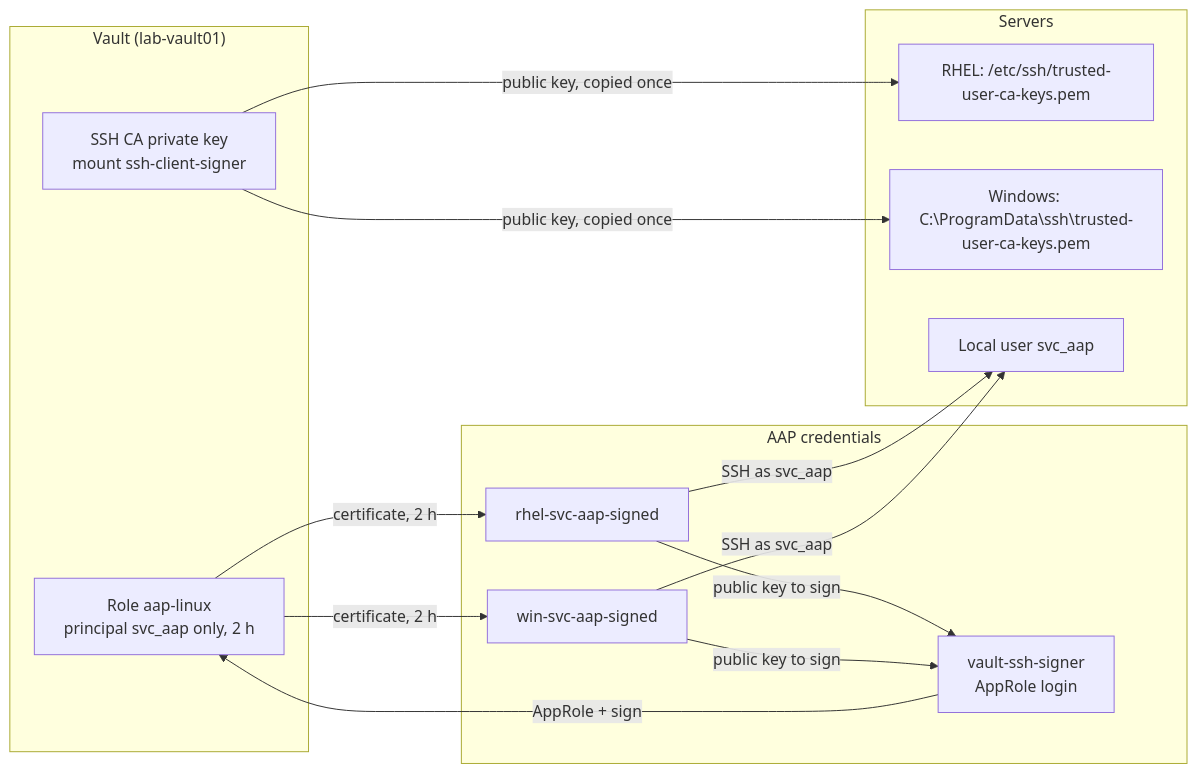
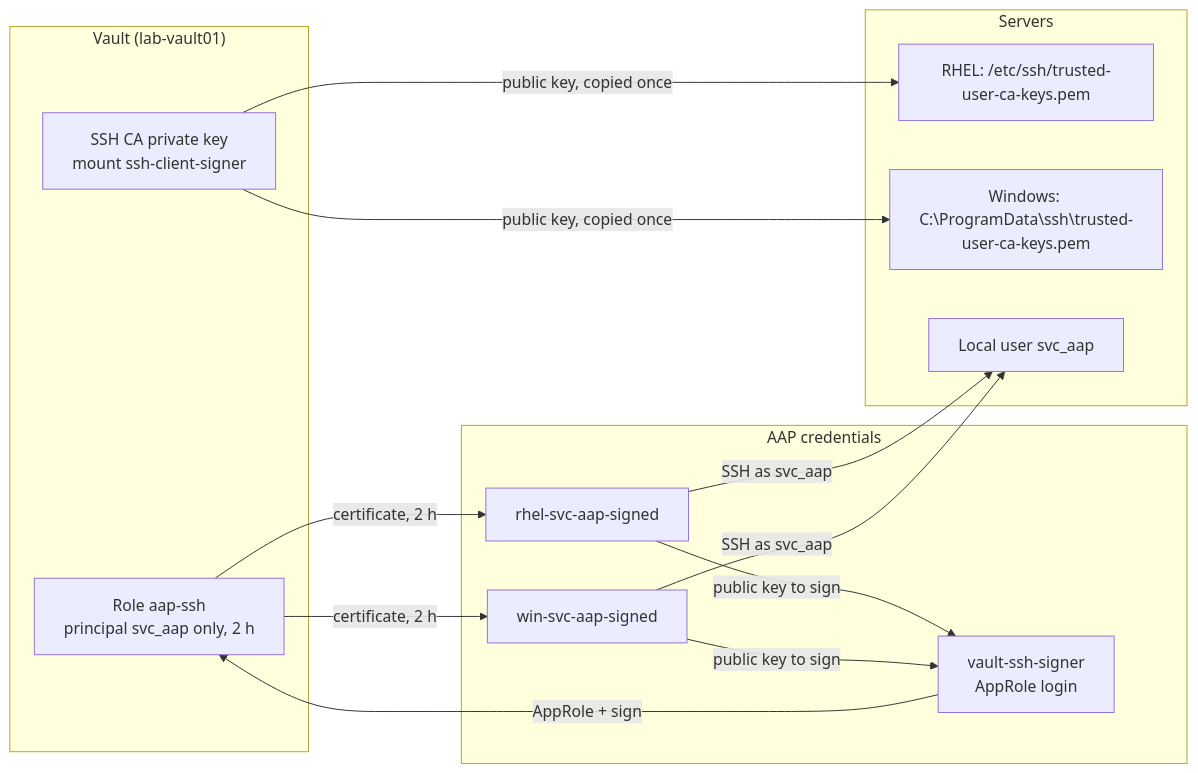
One commit to RamAdhikari/ra-homelab changed the first of 2 diagrams in docs/DESIGN.md. Above: the diagram before and after it, drawn with Mermaid. The commit also changed other lines of this file and 11 other files, not shown here.

First line of the commit message:
Names for RHEL and Windows; plain-words overview with diagrams

````diff
--- a/docs/DESIGN.md
+++ b/docs/DESIGN.md
@@ -139,22 +105,22 @@
 ```mermaid
 flowchart LR
   subgraph Vault["Vault (lab-vault01)"]
     CA["SSH CA private key<br/>mount ssh-client-signer"]
-    Role["Role aap-linux<br/>principal svc_aap only, 2 h"]
+    Role["Role aap-ssh<br/>principal svc_aap only, 2 h"]
   end
   subgraph AAP["AAP credentials"]
     Signer["vault-ssh-signer<br/>AppRole login"]
     M1["rhel-svc-aap-signed"]
     M2["win-svc-aap-signed"]
   end
   subgraph Servers["Servers"]
     L["RHEL: /etc/ssh/trusted-user-ca-keys.pem"]
     WN["Windows: C:\ProgramData\ssh\trusted-user-ca-keys.pem"]
     U["Local user svc_aap"]
   end
   CA -->|public key, copied once| L & WN
   M1 & M2 -->|public key to sign| Signer
   Signer -->|AppRole + sign| Role
   Role -->|certificate, 2 h| M1 & M2
   M1 & M2 -->|SSH as svc_aap| U
 ```
````
